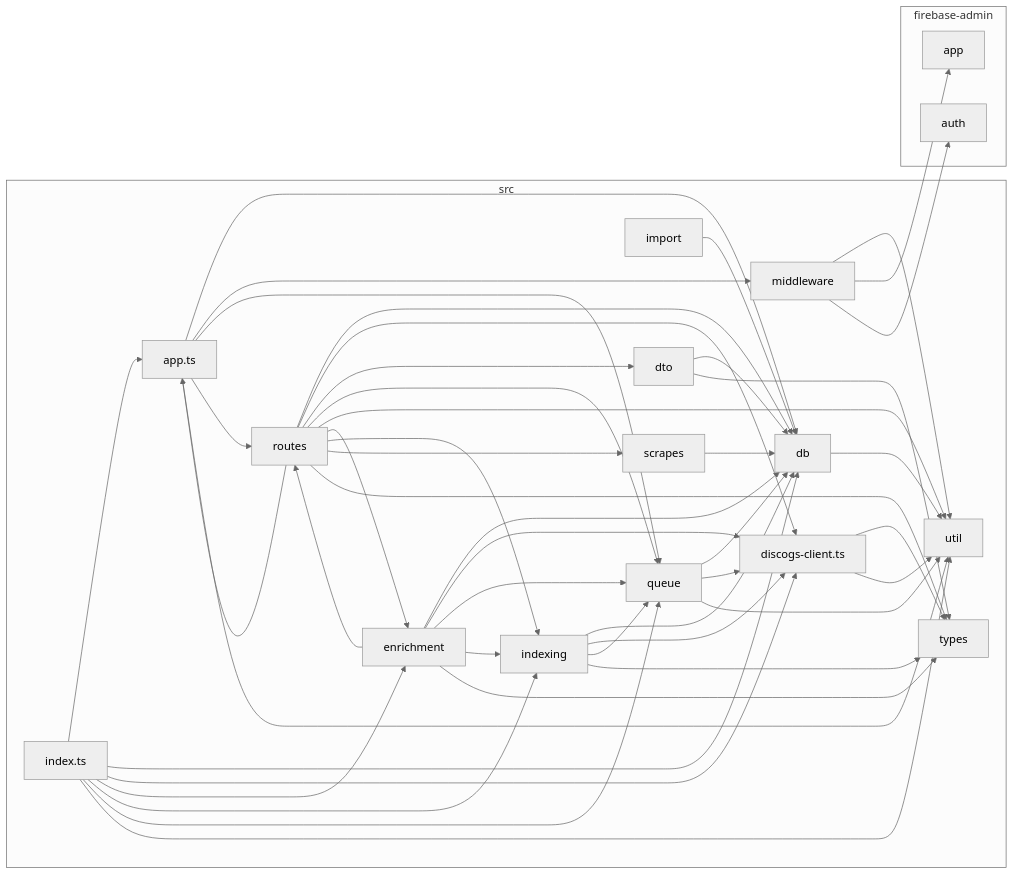
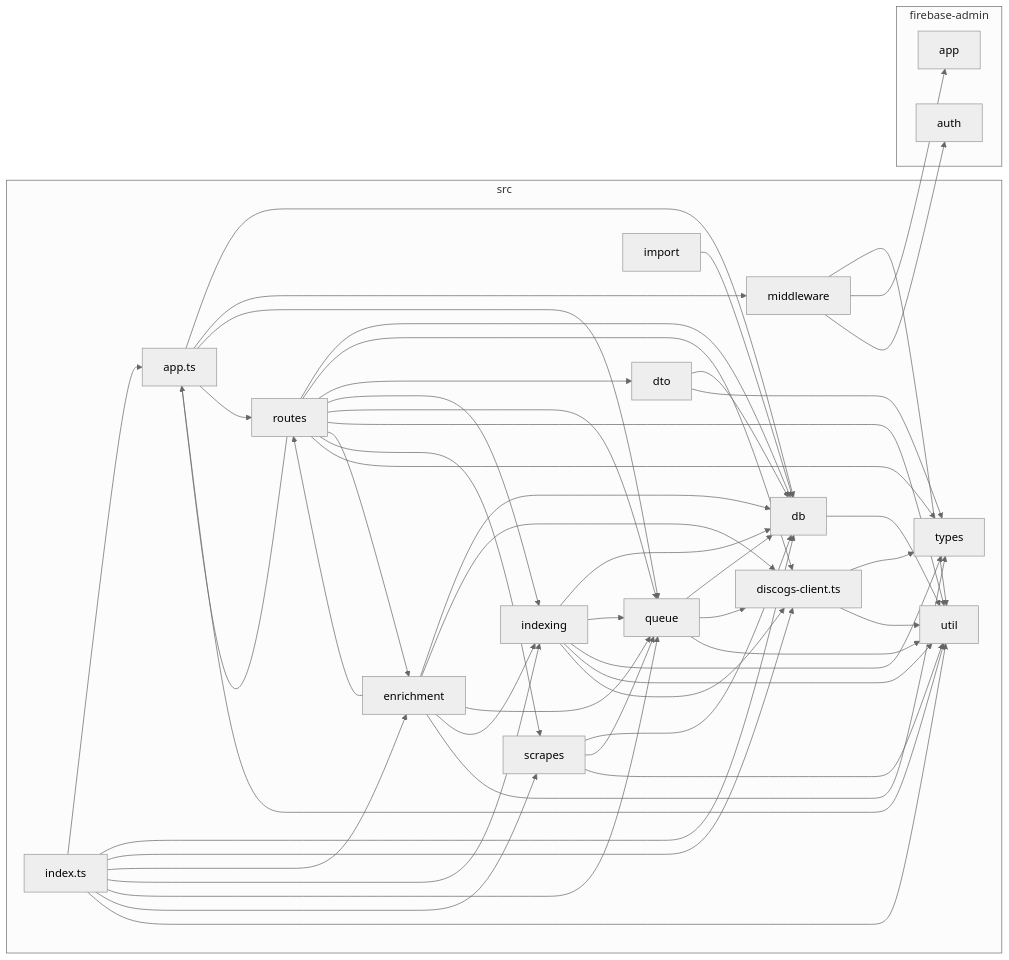
One commit to ceolpandan/fader-be changed the diagram in docs/architecture/modules.mmd. Above: the diagram before and after it, drawn with Mermaid (neutral theme). The commit also changed 32 other files, not shown here.

```diff
--- a/docs/architecture/modules.mmd
+++ b/docs/architecture/modules.mmd
@@ -1,67 +1,71 @@
 flowchart LR
 
 subgraph 0["firebase-admin"]
 1["app"]
 2["auth"]
 end
 subgraph 3["src"]
 4["app.ts"]
 5["db"]
 6["discogs-client.ts"]
 7["dto"]
 8["enrichment"]
 9["import"]
 A["index.ts"]
 B["indexing"]
 C["middleware"]
 D["queue"]
 E["routes"]
 F["scrapes"]
 G["types"]
 H["util"]
 end
 4-->5
 4-->C
 4-->D
 4-->E
 4-->H
 5-->H
 6-->G
 6-->H
 7-->5
 7-->G
 8-->5
 8-->6
 8-->D
 8-->E
 8-->B
 8-->G
 9-->5
 A-->4
 A-->5
 A-->6
 A-->8
 A-->B
 A-->D
+A-->F
 A-->H
 B-->5
-B-->6
 B-->D
 B-->G
+B-->H
+B-->6
 C-->H
 C-->1
 C-->2
 D-->5
 D-->6
 D-->H
 E-->5
 E-->6
 E-->7
+E-->B
 E-->D
 E-->H
 E-->8
-E-->B
 E-->F
 E-->4
 E-->G
 F-->5
+F-->D
+F-->H
```
